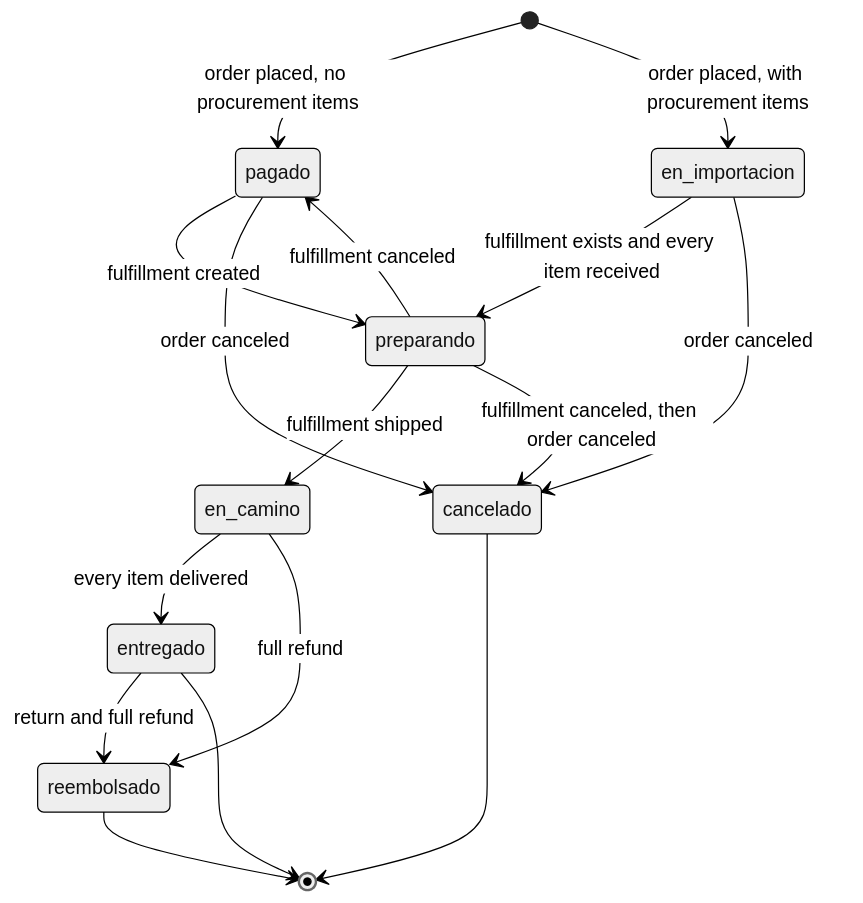
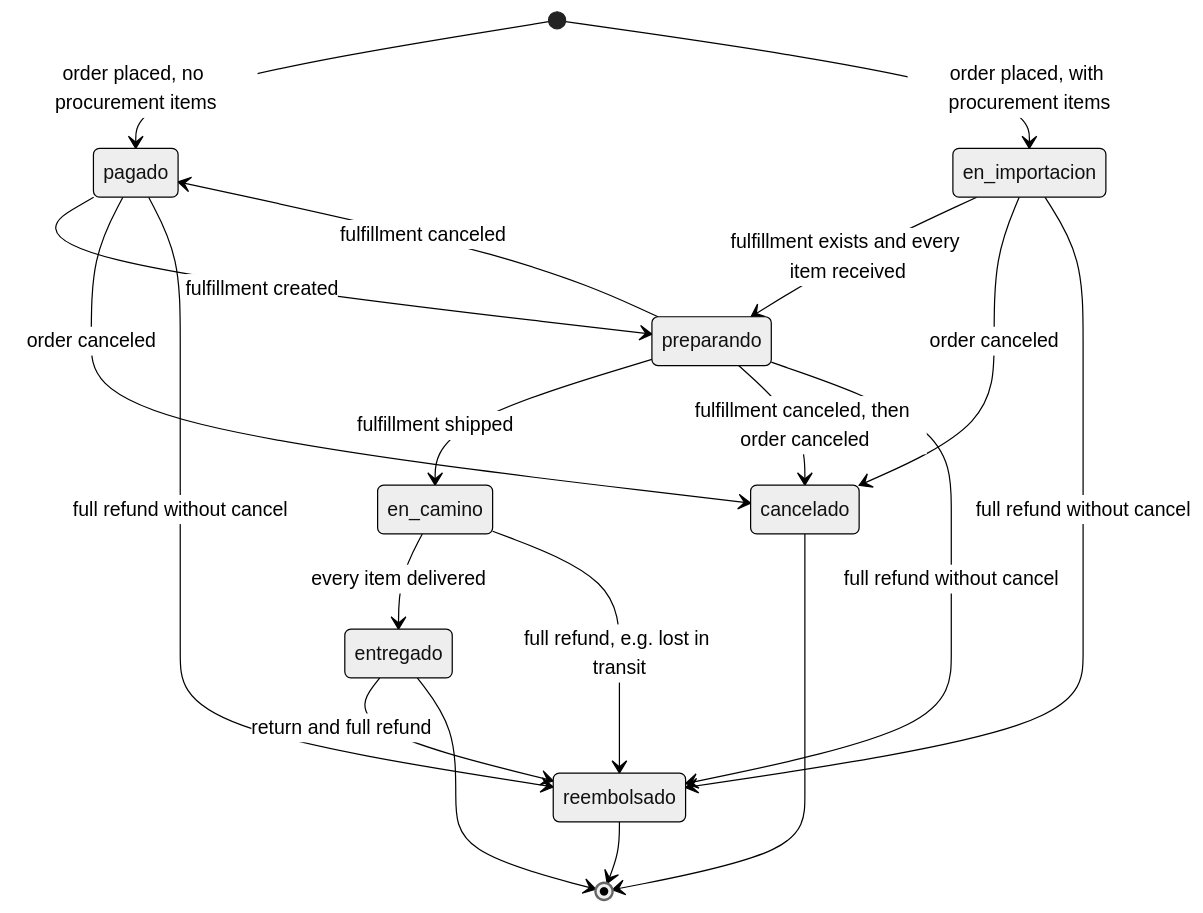
The diagram in docs/state-machines/order.md (Migeanje/MIGEANJE-STORE-API), drawn with Mermaid (neutral theme) before and after one commit. The commit also changed other lines of this file and 1 other file, not shown here.

Commit message:
docs: clarify capture premise and refund transitions in order docs

````diff
--- a/docs/state-machines/order.md
+++ b/docs/state-machines/order.md
@@ -17,18 +17,21 @@
 ```mermaid
 stateDiagram-v2
     [*] --> pagado: order placed, no procurement items
     [*] --> en_importacion: order placed, with procurement items
     pagado --> preparando: fulfillment created
     en_importacion --> preparando: fulfillment exists and every item received
     preparando --> pagado: fulfillment canceled
     preparando --> en_camino: fulfillment shipped
     en_camino --> entregado: every item delivered
     pagado --> cancelado: order canceled
     en_importacion --> cancelado: order canceled
     preparando --> cancelado: fulfillment canceled, then order canceled
-    en_camino --> reembolsado: full refund
+    pagado --> reembolsado: full refund without cancel
+    en_importacion --> reembolsado: full refund without cancel
+    preparando --> reembolsado: full refund without cancel
+    en_camino --> reembolsado: full refund, e.g. lost in transit
     entregado --> reembolsado: return and full refund
     entregado --> [*]
     cancelado --> [*]
     reembolsado --> [*]
 ```
````
